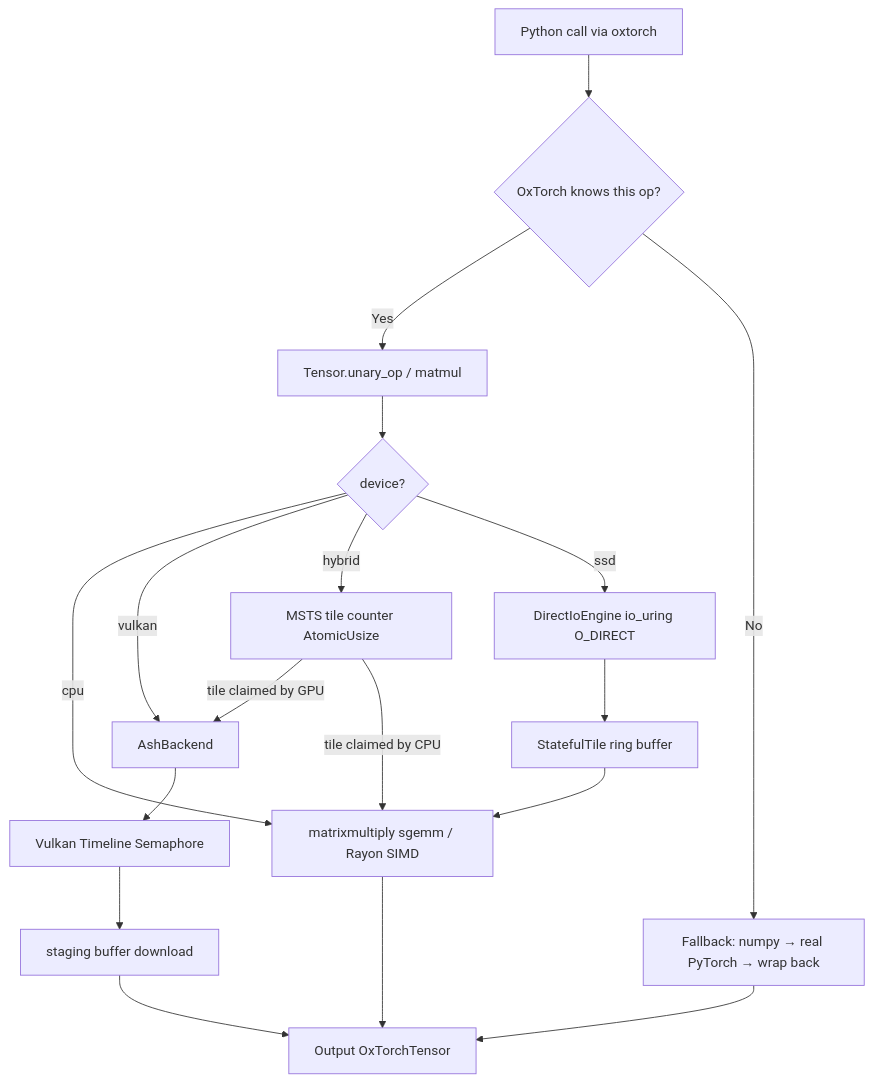
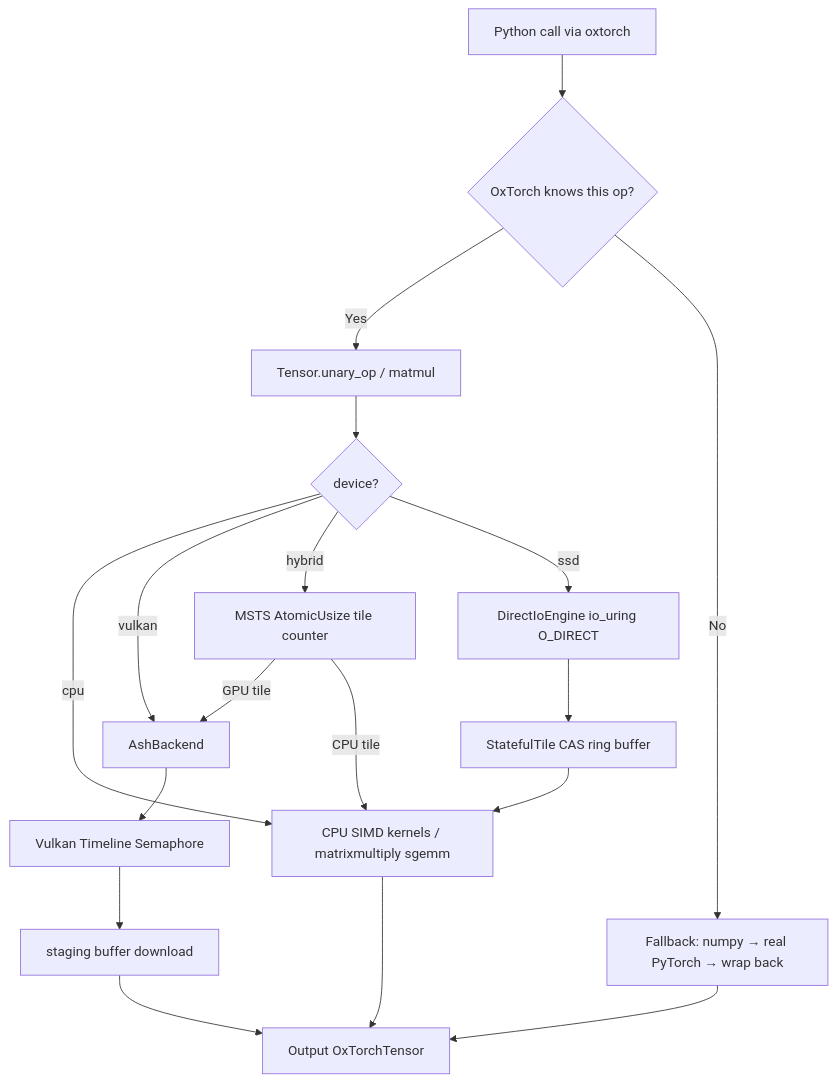
One commit to slavek-is-hyperreal/OxTorch changed the diagram in docs/architecture.md. Above: the diagram before and after it, drawn with Mermaid. The commit also changed other lines of this file and 5 other files, not shown here.

````diff
--- a/docs/architecture.md
+++ b/docs/architecture.md
@@ -155,20 +161,20 @@
 ```mermaid
 graph TD
     A[Python call via oxtorch] --> B{OxTorch knows this op?}
     B -- Yes --> C[Tensor.unary_op / matmul]
     B -- No --> Z[Fallback: numpy → real PyTorch → wrap back]
     C --> D{device?}
-    D -- cpu --> E[matrixmultiply sgemm / Rayon SIMD]
+    D -- cpu --> E[CPU SIMD kernels / matrixmultiply sgemm]
     D -- vulkan --> F[AshBackend]
-    D -- hybrid --> G[MSTS tile counter AtomicUsize]
-    G -- tile claimed by GPU --> F
-    G -- tile claimed by CPU --> E
+    D -- hybrid --> G[MSTS AtomicUsize tile counter]
+    G -- GPU tile --> F
+    G -- CPU tile --> E
     D -- ssd --> H[DirectIoEngine io_uring O_DIRECT]
-    H --> I[StatefulTile ring buffer]
+    H --> I[StatefulTile CAS ring buffer]
     I --> E
     F --> J[Vulkan Timeline Semaphore]
     J --> K[staging buffer download]
     E --> L[Output OxTorchTensor]
     K --> L
     Z --> L
 ```
````
